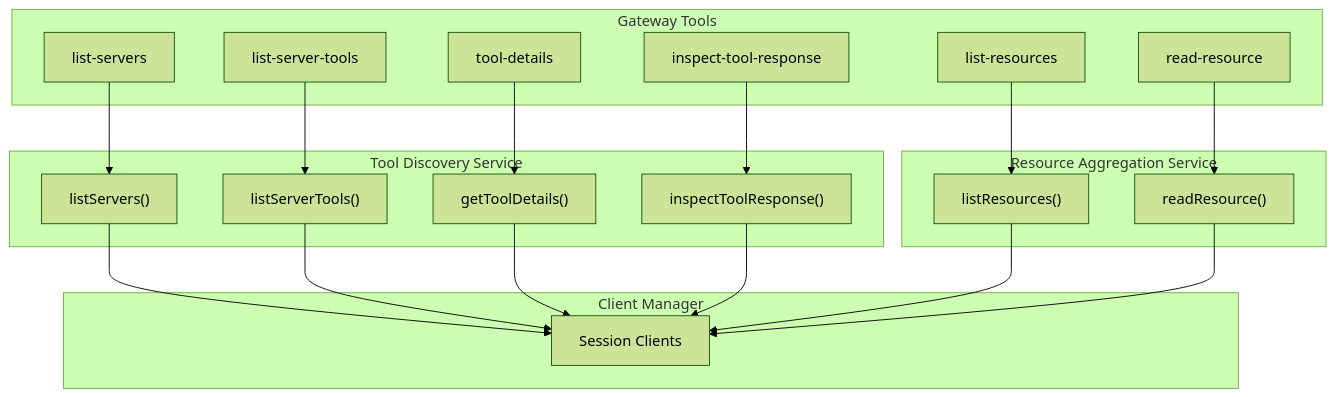
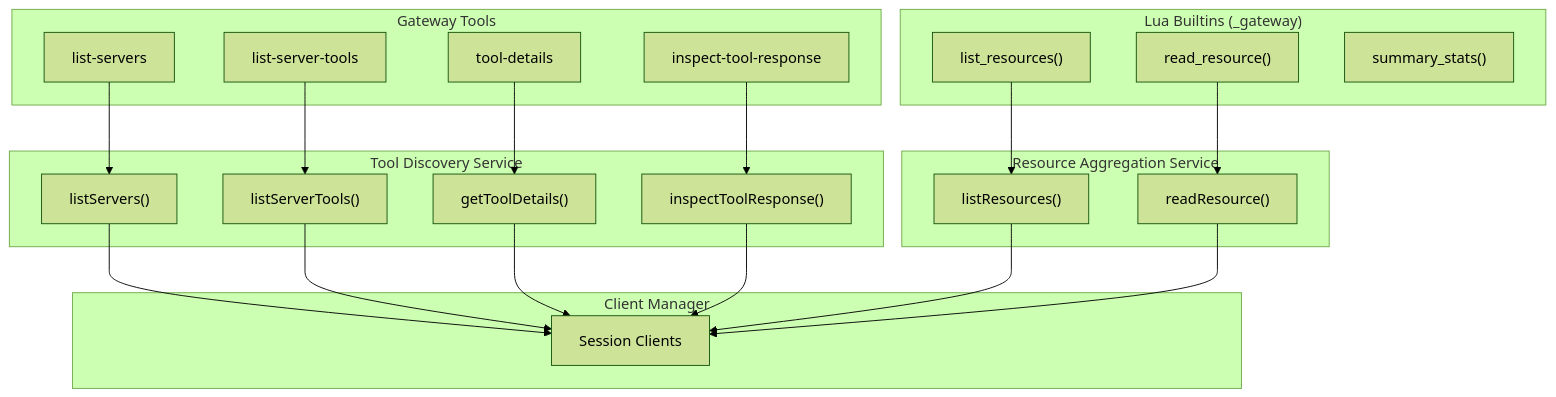
The third of 3 diagrams in docs/design/progressive-discovery.md (karashiiro/my-cool-proxy), drawn with Mermaid (forest theme) before and after one commit. The commit also changed other lines of this file and 33 other files, not shown here.

First line of the commit message:
refactor: move gateway tools into Lua interpreter as _gateway builtins

````diff
--- a/docs/design/progressive-discovery.md
+++ b/docs/design/progressive-discovery.md
@@ -275,41 +252,45 @@
 ```mermaid
 flowchart TB
     subgraph Tools["Gateway Tools"]
         ListServers["list-servers"]
         ListTools["list-server-tools"]
         Details["tool-details"]
         Inspect["inspect-tool-response"]
-        ListResources["list-resources"]
-        ReadResource["read-resource"]
+    end
+
+    subgraph Builtins["Lua Builtins (_gateway)"]
+        ListResources["list_resources()"]
+        ReadResource["read_resource()"]
+        SummaryStats["summary_stats()"]
     end
 
     subgraph Service["Tool Discovery Service"]
         LS["listServers()"]
         LST["listServerTools()"]
         GTD["getToolDetails()"]
         ITR["inspectToolResponse()"]
     end
 
     subgraph ResourceService["Resource Aggregation Service"]
         LR["listResources()"]
         RR["readResource()"]
     end
 
     subgraph Clients["Client Manager"]
         Sessions["Session Clients"]
     end
 
     ListServers --> LS
     ListTools --> LST
     Details --> GTD
     Inspect --> ITR
     ListResources --> LR
     ReadResource --> RR
 
     LS --> Sessions
     LST --> Sessions
     GTD --> Sessions
     ITR --> Sessions
     LR --> Sessions
     RR --> Sessions
 ```
````
